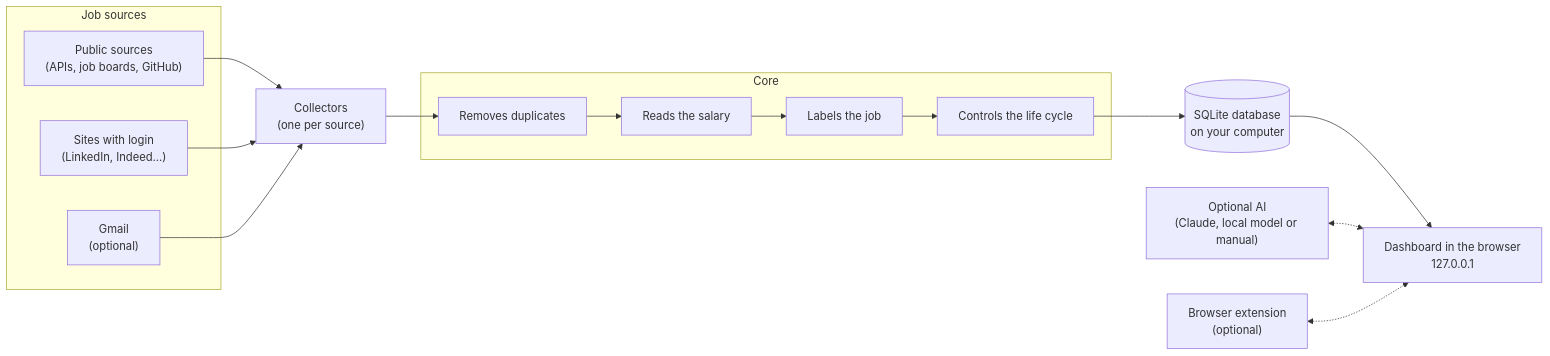
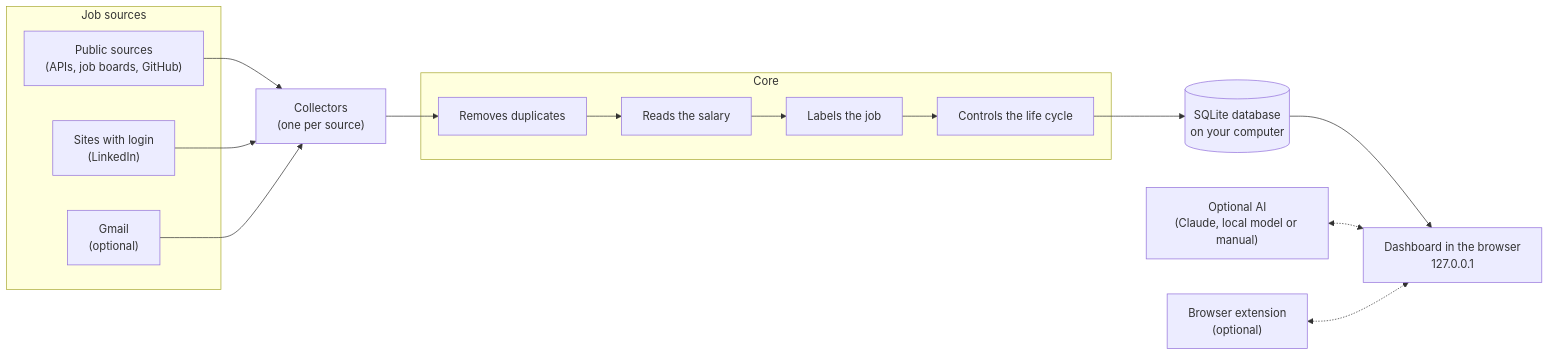
Before and after one commit to fezarosa-dev/joBot: the diagram in README.en.md, drawn with Mermaid. The commit also changed other lines of this file and 5 other files, not shown here.

First line of the commit message:
docs(readme): alinha os sites com login ao plano atual

````diff
--- a/README.en.md
+++ b/README.en.md
@@ -112,30 +112,30 @@
 ```mermaid
 flowchart LR
     subgraph Fontes["Job sources"]
         P["Public sources<br/>(APIs, job boards, GitHub)"]
-        L["Sites with login<br/>(LinkedIn, Indeed...)"]
+        L["Sites with login<br/>(LinkedIn)"]
         G["Gmail<br/>(optional)"]
     end
 
     C["Collectors<br/>(one per source)"]
 
     subgraph Nucleo["Core"]
         N1["Removes duplicates"]
         N2["Reads the salary"]
         N3["Labels the job"]
         N4["Controls the life cycle"]
     end
 
     DB[("SQLite database<br/>on your computer")]
     UI["Dashboard in the browser<br/>127.0.0.1"]
     IA["Optional AI<br/>(Claude, local model or manual)"]
     EXT["Browser extension<br/>(optional)"]
 
     P --> C
     L --> C
     G --> C
     C --> N1 --> N2 --> N3 --> N4 --> DB
     DB --> UI
     IA <-.-> UI
     EXT <-.-> UI
 ```
````
